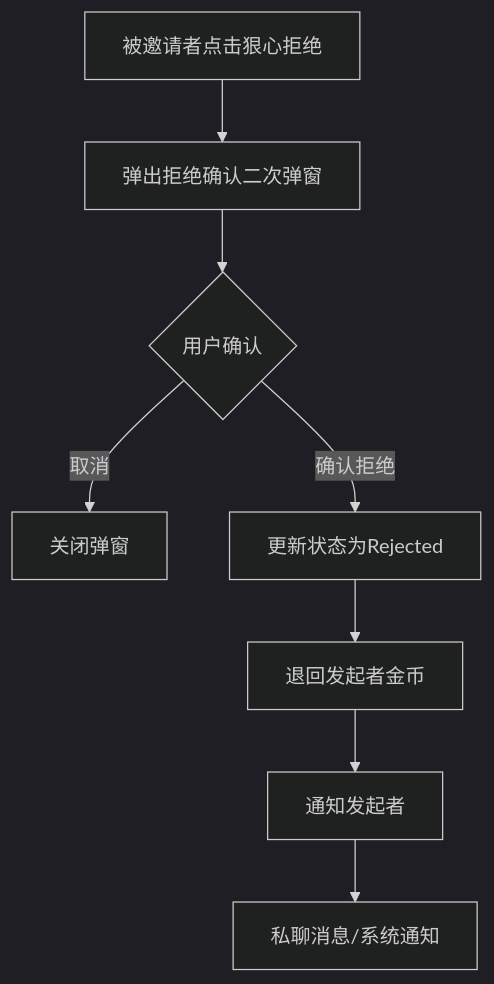
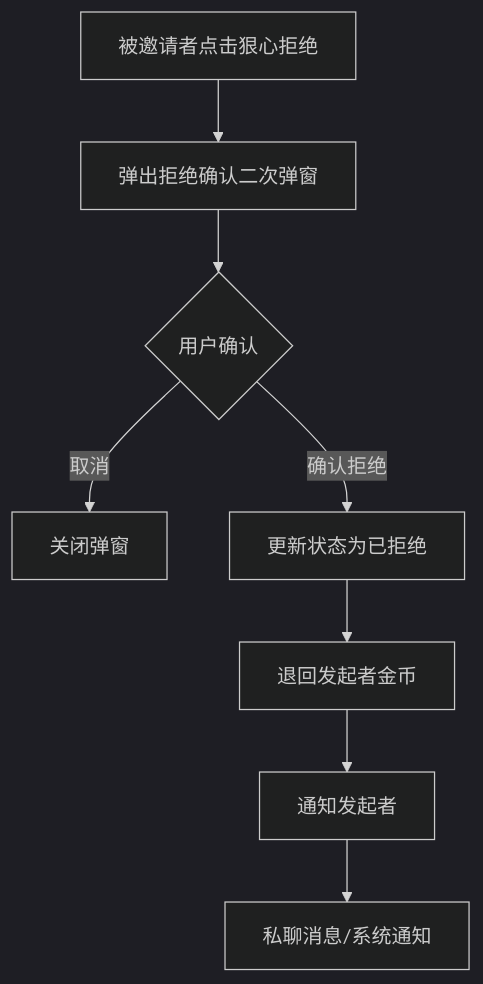
The sixth of 12 diagrams in CP系统需求文档_v1.0.md (kocekid/CP1.0-Requirements), drawn with Mermaid (dark theme) before and after one commit. The commit also changed other lines of this file, not shown here.

Commit message:
更新CP系统需求文档：图下需求拆解块全部重写为完整字段表结构

````diff
--- a/CP系统需求文档_v1.0.md
+++ b/CP系统需求文档_v1.0.md
@@ -802,10 +814,10 @@
 ```mermaid
 flowchart TD
     A[被邀请者点击狠心拒绝] --> B[弹出拒绝确认二次弹窗]
     B --> C{用户确认}
     C -->|取消| D[关闭弹窗]
-    C -->|确认拒绝| E[更新状态为Rejected]
+    C -->|确认拒绝| E[更新状态为已拒绝]
     E --> F[退回发起者金币]
     F --> G[通知发起者]
     G --> H[私聊消息/系统通知]
 ```
````
